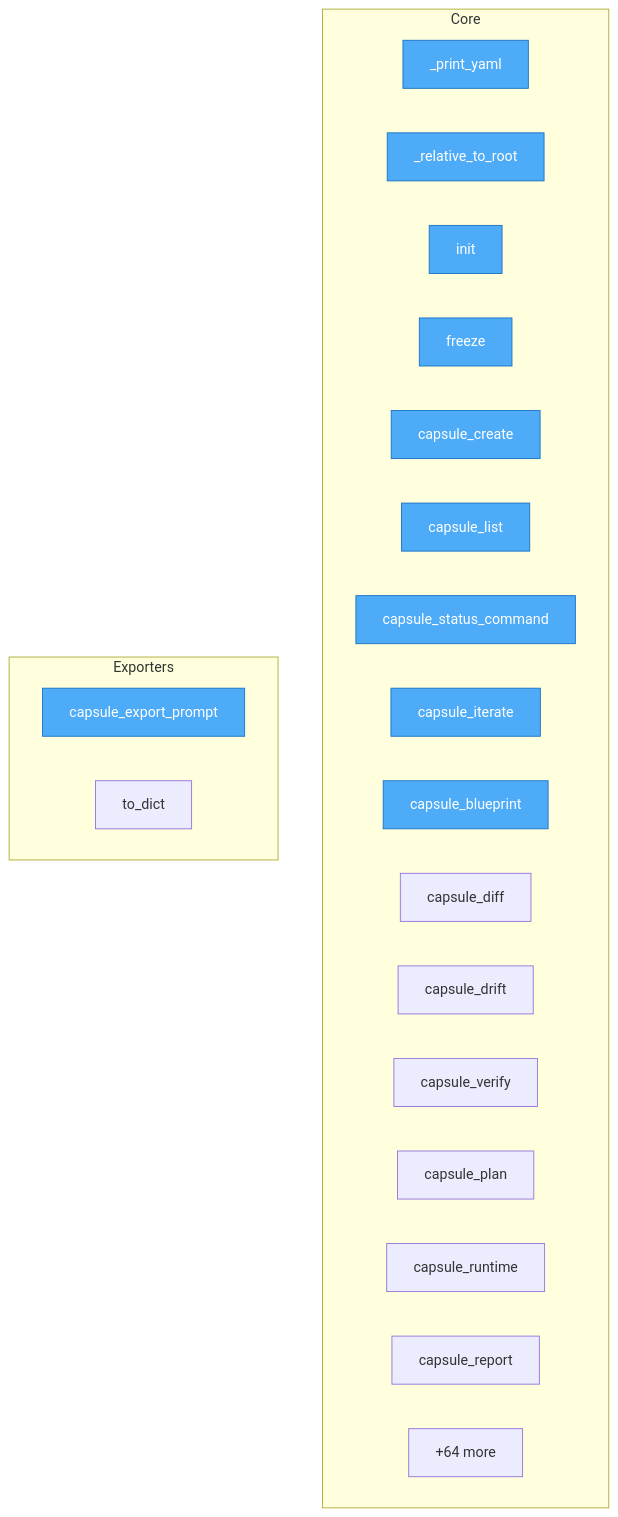
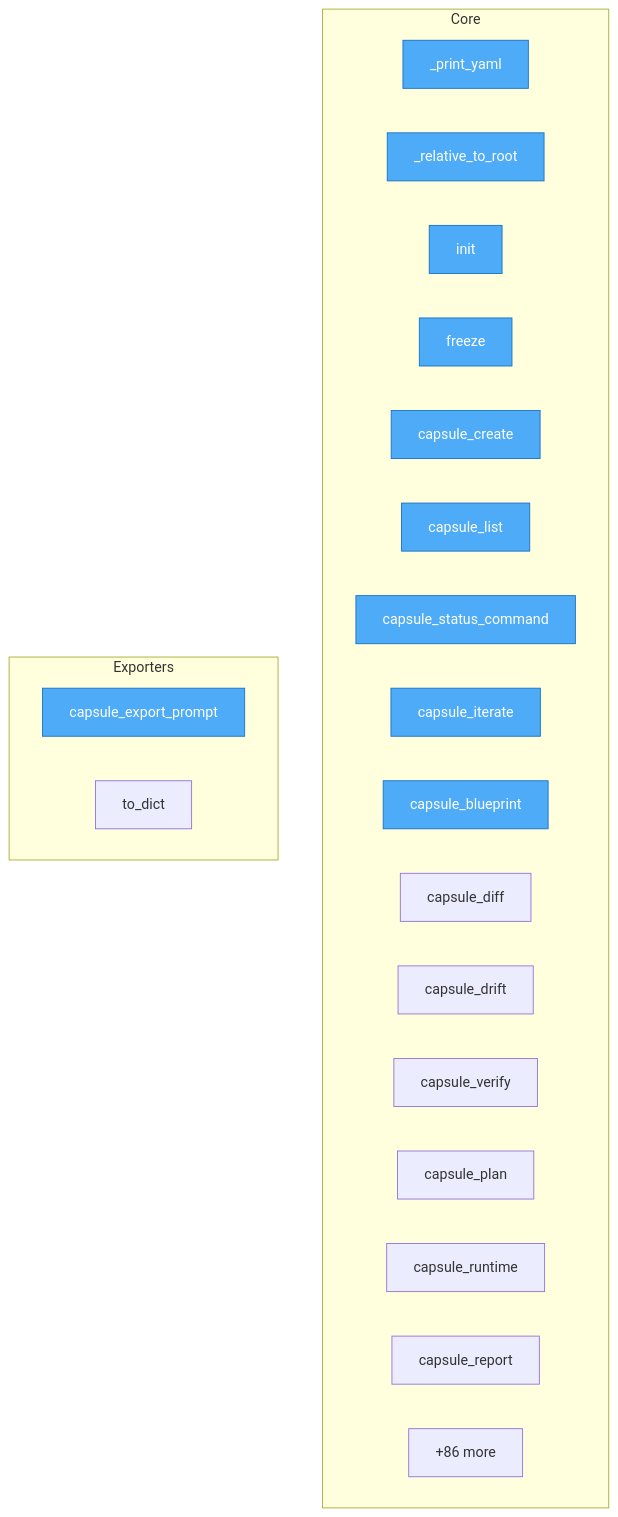
The diagram in project/flow.mmd (autogrammar/nexu), drawn with Mermaid before and after one commit. The commit also changed 33 other files, not shown here.

```diff
--- a/project/flow.mmd
+++ b/project/flow.mmd
@@ -1,31 +1,31 @@
 flowchart TD
-%% generated in 0.02s
+%% generated in 0.01s
 
     %% Entry points (blue)
     classDef entry fill:#4dabf7,stroke:#1971c2,color:#fff
 
     subgraph Core
         src__nexu__cli___print_yaml["_print_yaml"]
         src__nexu__cli___relative_to_root["_relative_to_root"]
         src__nexu__cli__init["init"]
         src__nexu__cli__freeze["freeze"]
         src__nexu__cli__capsule_create["capsule_create"]
         src__nexu__cli__capsule_list["capsule_list"]
         src__nexu__cli__capsule_status_command["capsule_status_command"]
         src__nexu__cli__capsule_iterate["capsule_iterate"]
         src__nexu__cli__capsule_blueprint["capsule_blueprint"]
         src__nexu__cli__capsule_diff["capsule_diff"]
         src__nexu__cli__capsule_drift["capsule_drift"]
         src__nexu__cli__capsule_verify["capsule_verify"]
         src__nexu__cli__capsule_plan["capsule_plan"]
         src__nexu__cli__capsule_runtime["capsule_runtime"]
         src__nexu__cli__capsule_report["capsule_report"]
-        ...["+64 more"]
+        ...["+86 more"]
     end
 
     subgraph Exporters
         src__nexu__cli__capsule_export_prompt["capsule_export_prompt"]
         src__vico__models__PromptExport__to_dict["to_dict"]
     end
 
     class src__nexu__cli___print_yaml,src__nexu__cli___relative_to_root,src__nexu__cli__init,src__nexu__cli__freeze,src__nexu__cli__capsule_create,src__nexu__cli__capsule_list,src__nexu__cli__capsule_status_command,src__nexu__cli__capsule_iterate,src__nexu__cli__capsule_blueprint,src__nexu__cli__capsule_export_prompt entry
```
